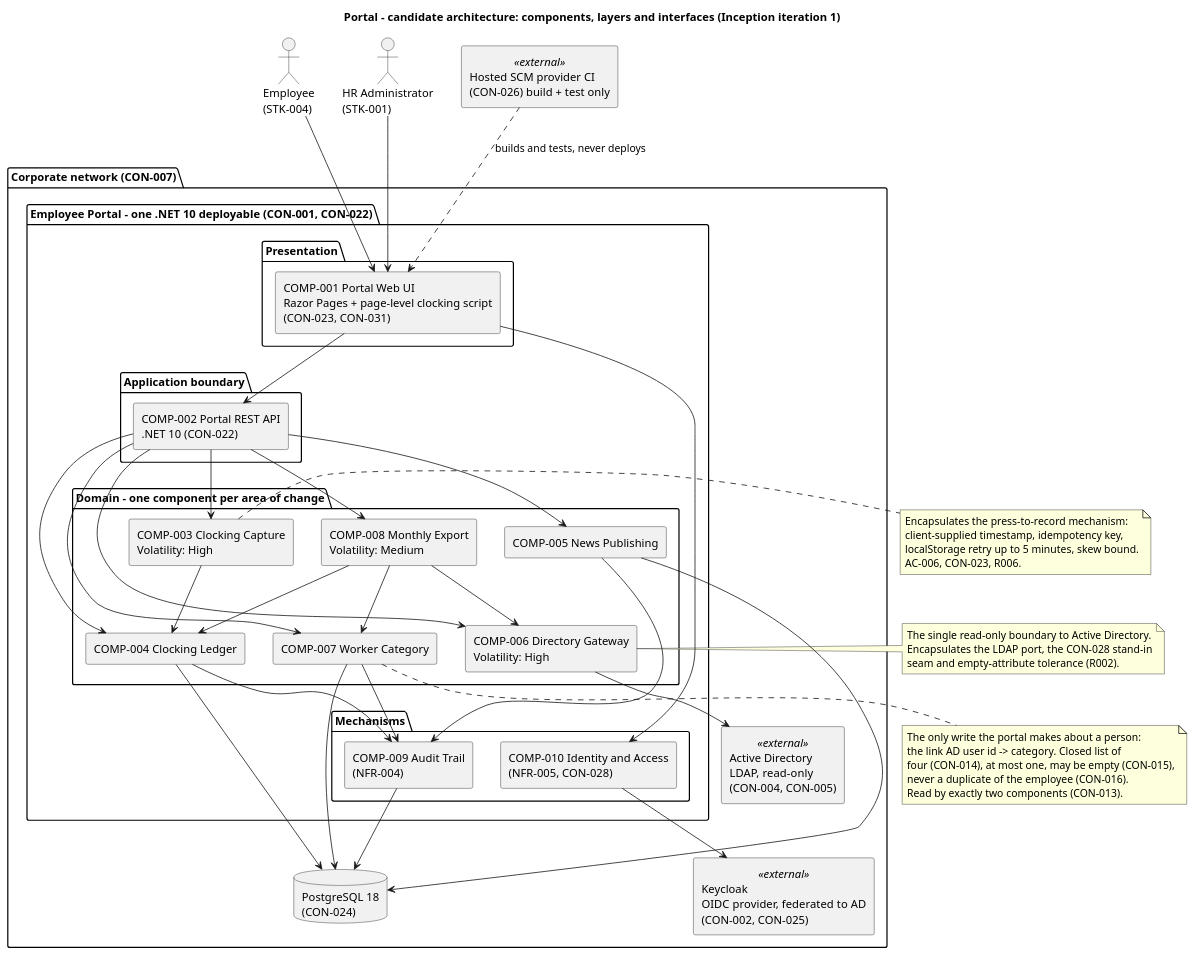
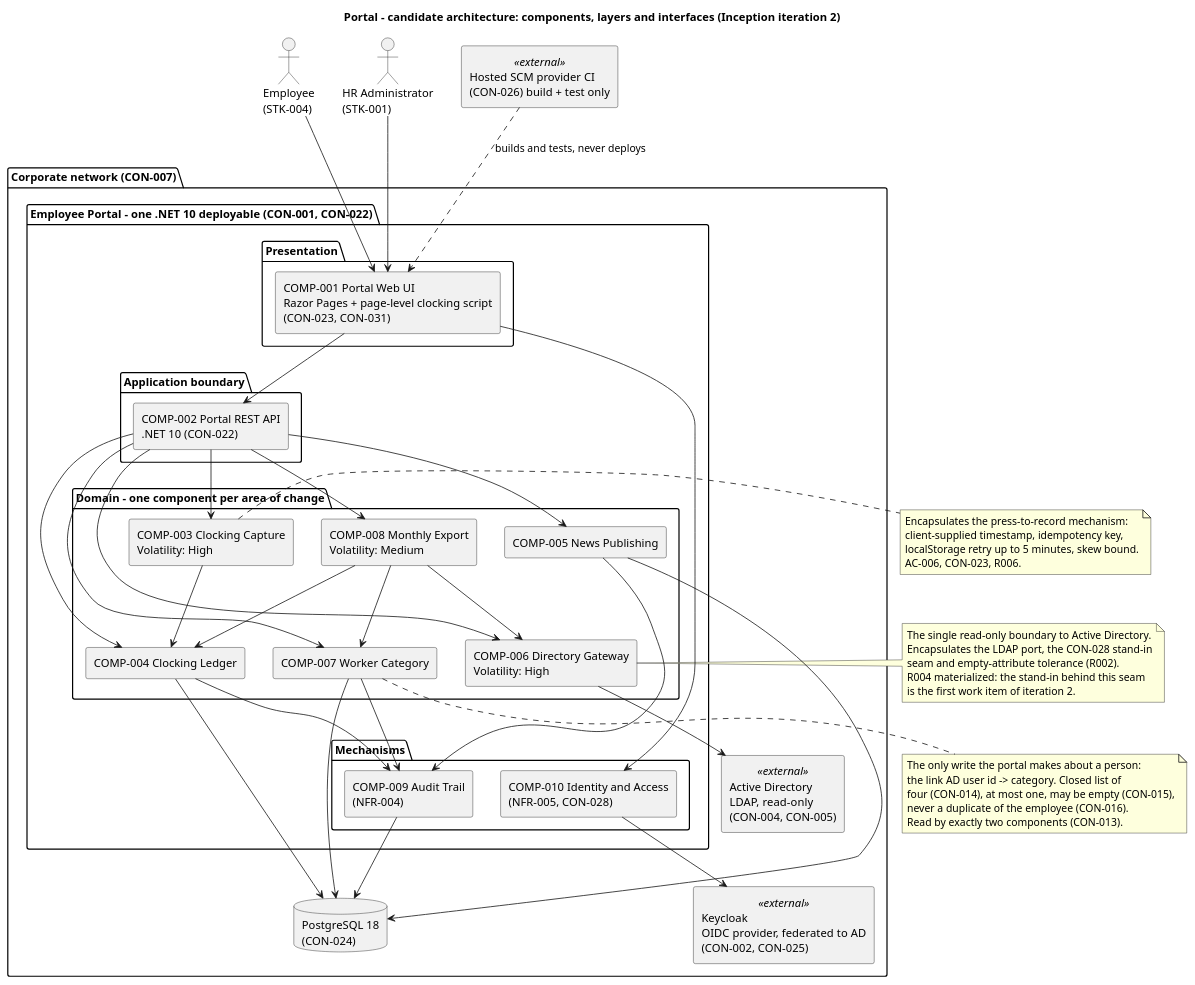
The fourth of 8 diagrams in docs/artifacts/analysis---design/software-architecture-document.md (banense-test/portal), drawn with PlantUML before and after one commit.

Commit message:
Software Architect [I2]: upsert Software Architecture Document
[skip ci]

````diff
--- a/docs/artifacts/analysis---design/software-architecture-document.md
+++ b/docs/artifacts/analysis---design/software-architecture-document.md
@@ -386,6 +386,6 @@
 ```plantuml
 @startuml Portal_Component
-title Portal - candidate architecture: components, layers and interfaces (Inception iteration 1)
+title Portal - candidate architecture: components, layers and interfaces (Inception iteration 2)
 skinparam componentStyle rectangle
 
 actor "Employee\n(STK-004)" as EMP
@@ -462,6 +462,8 @@
   The single read-only boundary to Active Directory.
   Encapsulates the LDAP port, the CON-028 stand-in
   seam and empty-attribute tolerance (R002).
+  R004 materialized: the stand-in behind this seam
+  is the first work item of iteration 2.
 end note
 
 note bottom of C007
````
